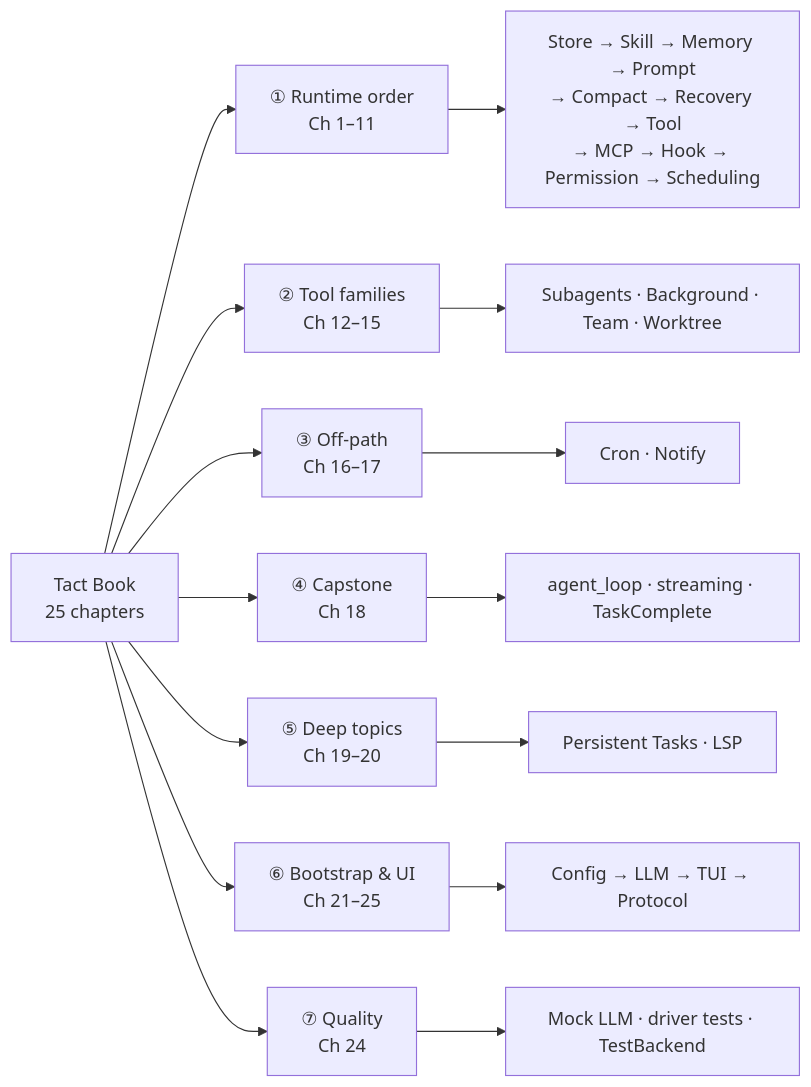
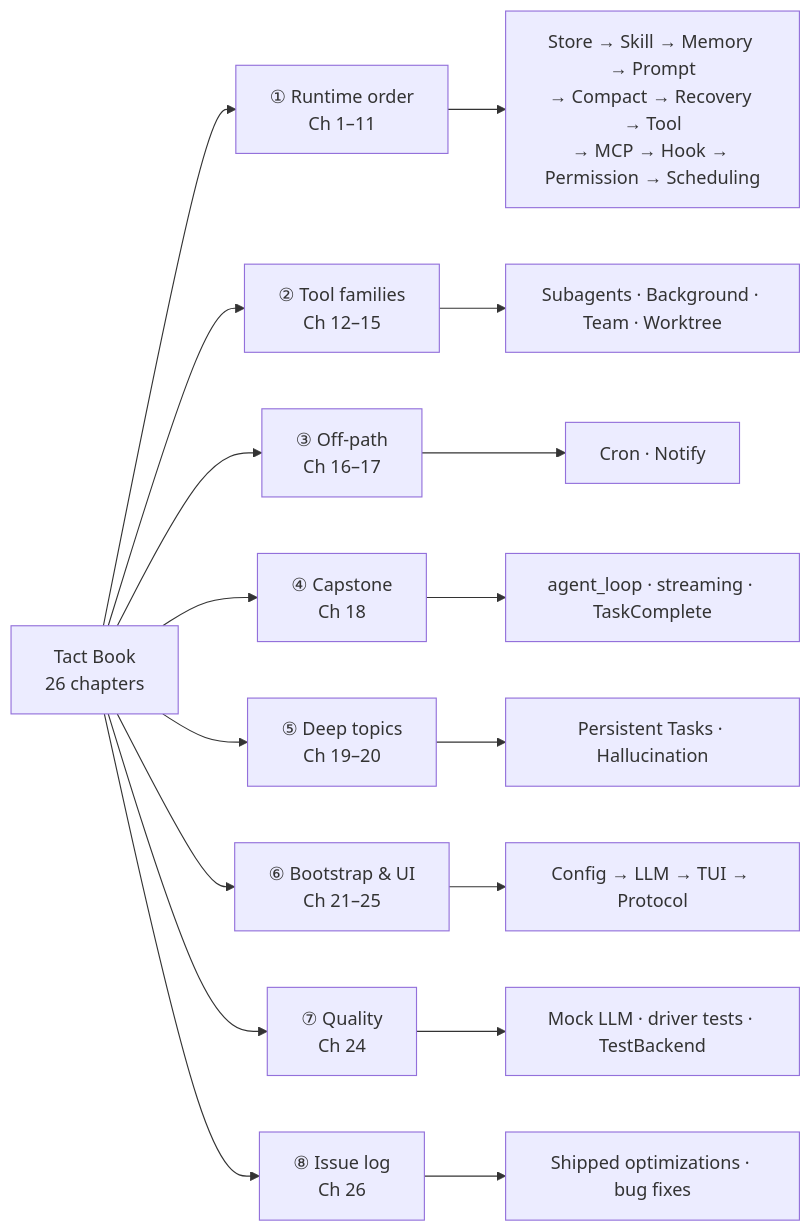
Before and after one commit to rust-infra/tact: the first of 2 diagrams in book/mindmap.md, drawn with Mermaid. The commit also changed other lines of this file and 56 other files, not shown here.

````diff
--- a/book/mindmap.md
+++ b/book/mindmap.md
@@ -27,20 +27,22 @@
 ```mermaid
 flowchart LR
-    ROOT["Tact Book<br/>25 chapters"]
+    ROOT["Tact Book<br/>26 chapters"]
 
-    ROOT --> B1 & B2 & B3 & B4 & B5 & B6 & B7
+    ROOT --> B1 & B2 & B3 & B4 & B5 & B6 & B7 & B8
 
     B1["① Runtime order<br/>Ch 1–11"] --> D1["Store → Skill → Memory → Prompt<br/>→ Compact → Recovery → Tool<br/>→ MCP → Hook → Permission → Scheduling"]
 
     B2["② Tool families<br/>Ch 12–15"] --> D2["Subagents · Background · Team · Worktree"]
 
     B3["③ Off-path<br/>Ch 16–17"] --> D3["Cron · Notify"]
 
     B4["④ Capstone<br/>Ch 18"] --> D4["agent_loop · streaming · TaskComplete"]
 
-    B5["⑤ Deep topics<br/>Ch 19–20"] --> D5["Persistent Tasks · LSP"]
+    B5["⑤ Deep topics<br/>Ch 19–20"] --> D5["Persistent Tasks · Hallucination"]
 
     B6["⑥ Bootstrap & UI<br/>Ch 21–25"] --> D6["Config → LLM → TUI → Protocol"]
 
     B7["⑦ Quality<br/>Ch 24"] --> D7["Mock LLM · driver tests · TestBackend"]
+
+    B8["⑧ Issue log<br/>Ch 26"] --> D8["Shipped optimizations · bug fixes"]
 ```
````
